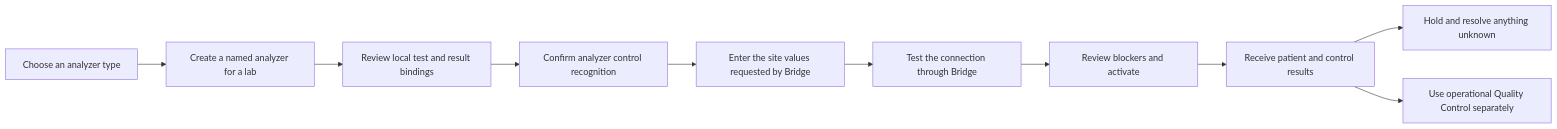
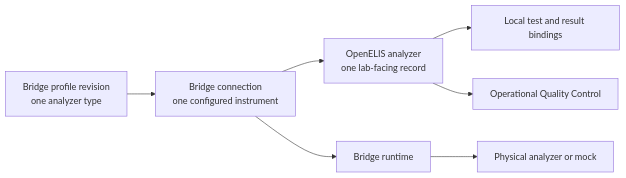
The diagram in specs/OGC-1054-analyzer-qc-config/feature-map.md (DIGI-UW/OpenELIS-Global-2), drawn with Mermaid before and after one commit. The commit also changed other lines of this file and 3 other files, not shown here.

````diff
--- a/specs/OGC-1054-analyzer-qc-config/feature-map.md
+++ b/specs/OGC-1054-analyzer-qc-config/feature-map.md
@@ -25,12 +29,9 @@
 ```mermaid
 flowchart LR
-    A[Choose an analyzer type] --> B[Create a named analyzer for a lab]
-    B --> C[Review local test and result bindings]
-    C --> D[Confirm analyzer control recognition]
-    D --> E[Enter the site values requested by Bridge]
-    E --> F[Test the connection through Bridge]
-    F --> G[Review blockers and activate]
-    G --> H[Receive patient and control results]
-    H --> I[Hold and resolve anything unknown]
-    H --> J[Use operational Quality Control separately]
+    P[Bridge profile revision<br/>one analyzer type] --> C[Bridge connection<br/>one configured instrument]
+    C --> A[OpenELIS analyzer<br/>one lab-facing record]
+    A --> B[Local test and result bindings]
+    A --> Q[Operational Quality Control]
+    C --> R[Bridge runtime]
+    R --> I[Physical analyzer or mock]
 ```
````
